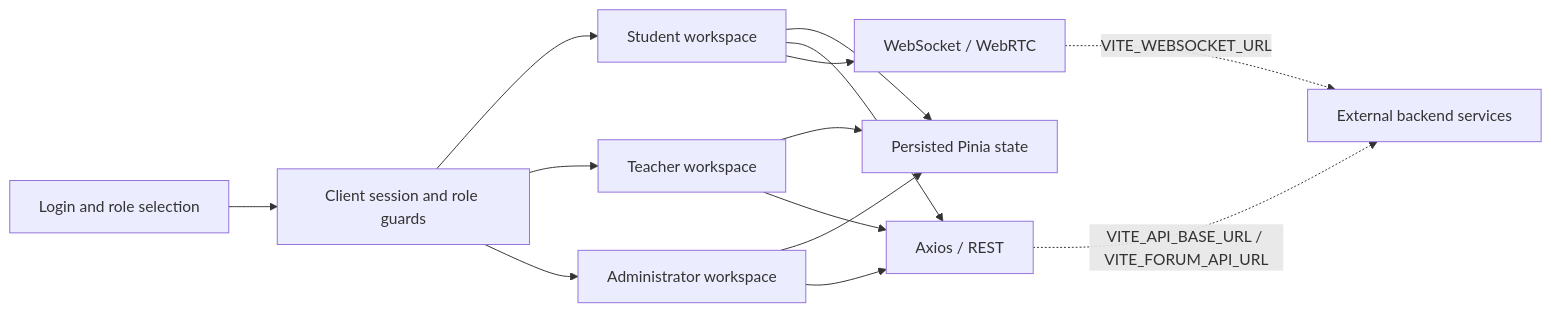
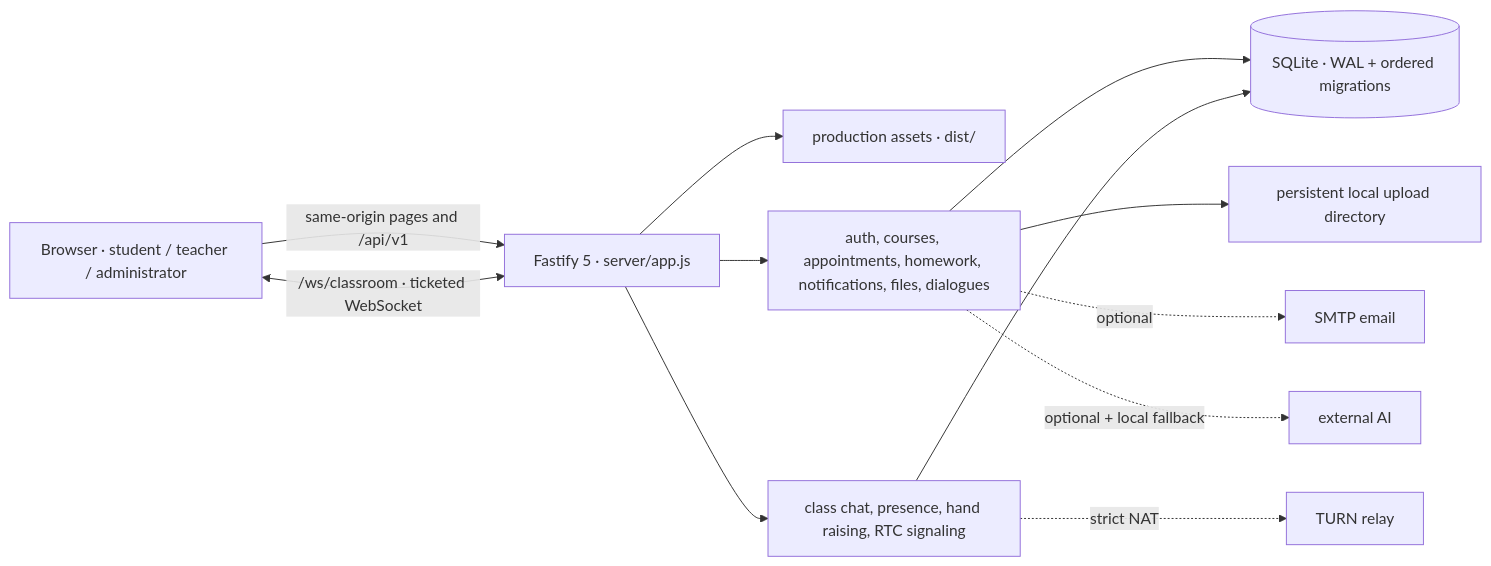
One commit to computersciencefreshmen/International_Chinese_Platform changed the second of 2 diagrams in README.en.md. Above: the diagram before and after it, drawn with Mermaid. The commit also changed other lines of this file and 3 other files, not shown here.

````diff
--- a/README.en.md
+++ b/README.en.md
@@ -99,19 +140,17 @@
 ```mermaid
 flowchart LR
-    Login["Login and role selection"] --> Guard["Client session and role guards"]
-    Guard --> Student["Student workspace"]
-    Guard --> Teacher["Teacher workspace"]
-    Guard --> Admin["Administrator workspace"]
+  Browser["Browser · student / teacher / administrator"] -->|"same-origin pages and /api/v1"| App["Fastify 5 · server/app.js"]
+  Browser <-->|"/ws/classroom · ticketed WebSocket"| App
 
-    Student --> State["Persisted Pinia state"]
-    Teacher --> State
-    Admin --> State
+  App --> Static["production assets · dist/"]
+  App --> Routes["auth, courses, appointments, homework, notifications, files, dialogues"]
+  App --> Realtime["class chat, presence, hand raising, RTC signaling"]
 
-    Student --> HTTP["Axios / REST"]
-    Teacher --> HTTP
-    Admin --> HTTP
-    Student --> Realtime["WebSocket / WebRTC"]
+  Routes --> DB[("SQLite · WAL + ordered migrations")]
+  Realtime --> DB
+  Routes --> Files["persistent local upload directory"]
 
-    HTTP -. "VITE_API_BASE_URL / VITE_FORUM_API_URL" .-> Services["External backend services"]
-    Realtime -. "VITE_WEBSOCKET_URL" .-> Services
+  Routes -. "optional" .-> SMTP["SMTP email"]
+  Routes -. "optional + local fallback" .-> AI["external AI"]
+  Realtime -. "strict NAT" .-> TURN["TURN relay"]
 ```
````
